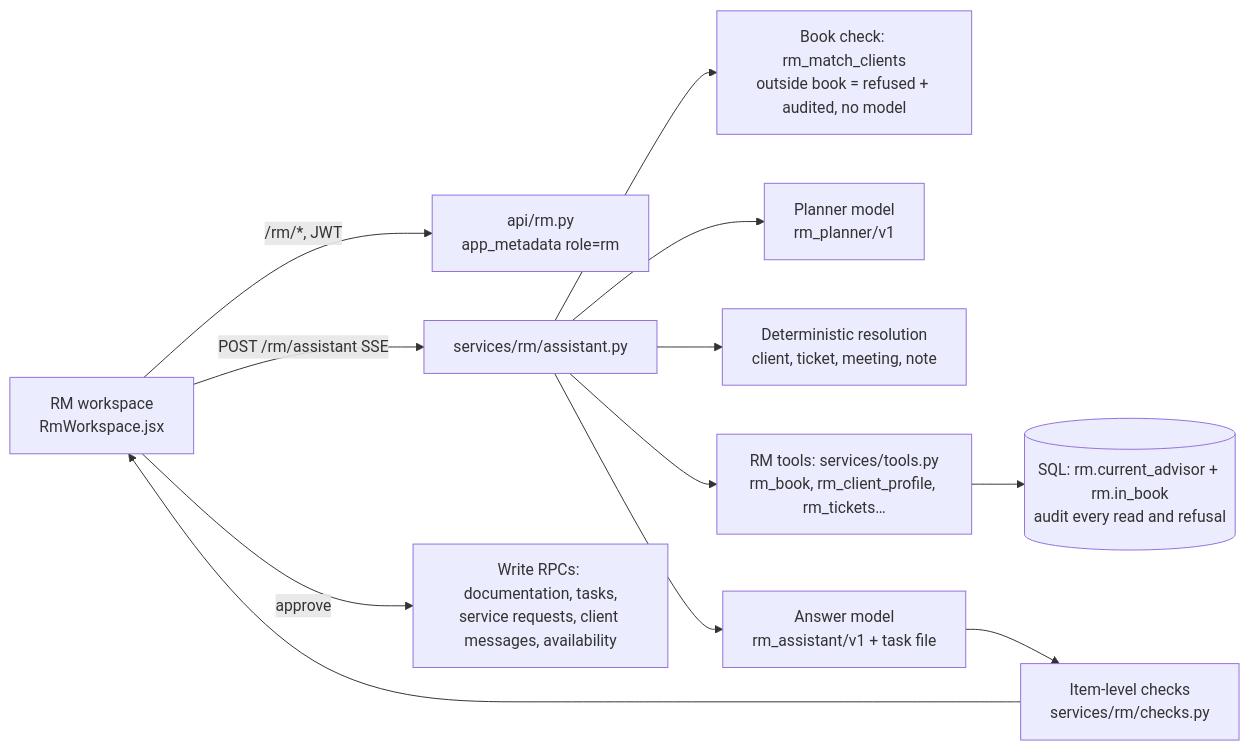
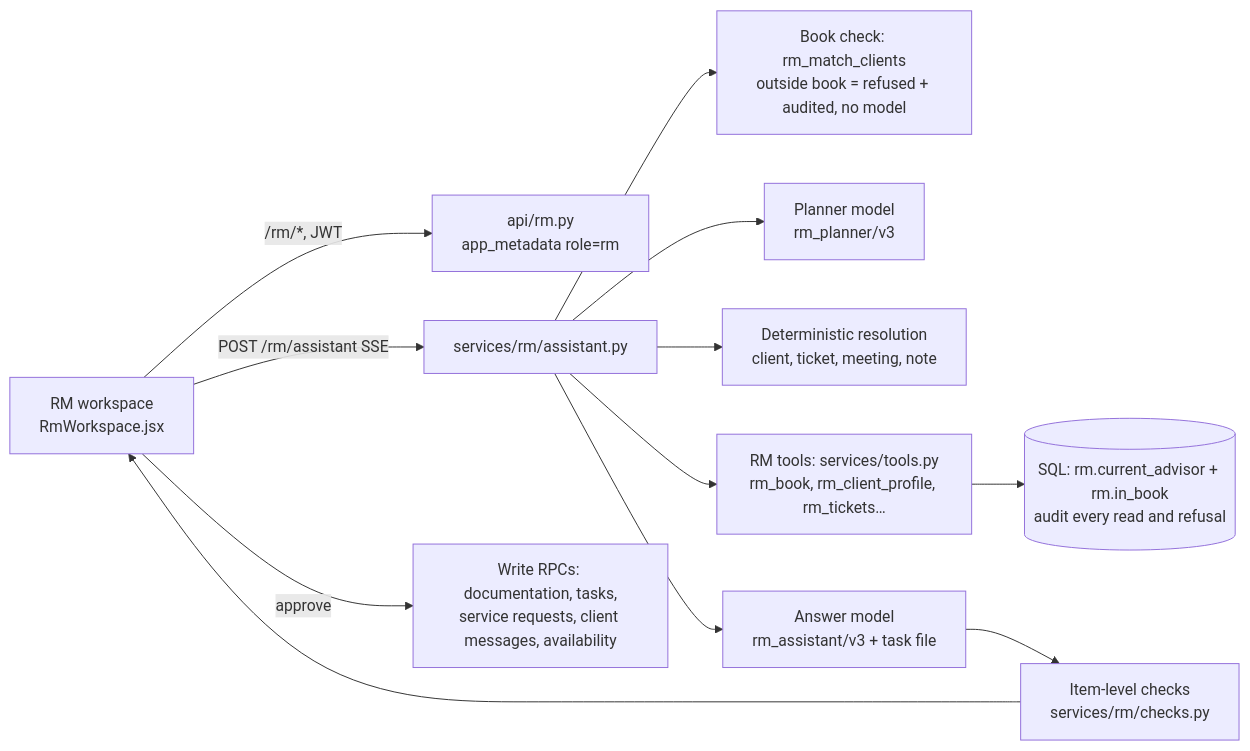
One commit to deniseLie/IS4000_Group7 changed the diagram in docs/workflows/workflow-2-relationship-manager.md. Above: the diagram before and after it, drawn with Mermaid. The commit also changed other lines of this file and 89 other files, not shown here.

First line of the commit message:
fix: align combined-client compliance and RM evaluation flows

````diff
--- a/docs/workflows/workflow-2-relationship-manager.md
+++ b/docs/workflows/workflow-2-relationship-manager.md
@@ -11,14 +11,14 @@
 ```mermaid
 flowchart LR
   UI[RM workspace<br/>RmWorkspace.jsx] -->|/rm/*, JWT| API[api/rm.py<br/>app_metadata role=rm]
   UI -->|POST /rm/assistant SSE| AS[services/rm/assistant.py]
   AS --> BC[Book check: rm_match_clients<br/>outside book = refused + audited, no model]
-  AS --> PL[Planner model<br/>rm_planner/v1]
+  AS --> PL[Planner model<br/>rm_planner/v3]
   AS --> RS[Deterministic resolution<br/>client, ticket, meeting, note]
   AS --> TL[RM tools: services/tools.py<br/>rm_book, rm_client_profile, rm_tickets…]
   TL --> DB[(SQL: rm.current_advisor + rm.in_book<br/>audit every read and refusal)]
-  AS --> LLM[Answer model<br/>rm_assistant/v1 + task file]
+  AS --> LLM[Answer model<br/>rm_assistant/v3 + task file]
   LLM --> CK[Item-level checks<br/>services/rm/checks.py]
   CK --> UI
   UI -->|approve| W[Write RPCs: documentation, tasks,<br/>service requests, client messages, availability]
 ```
````
